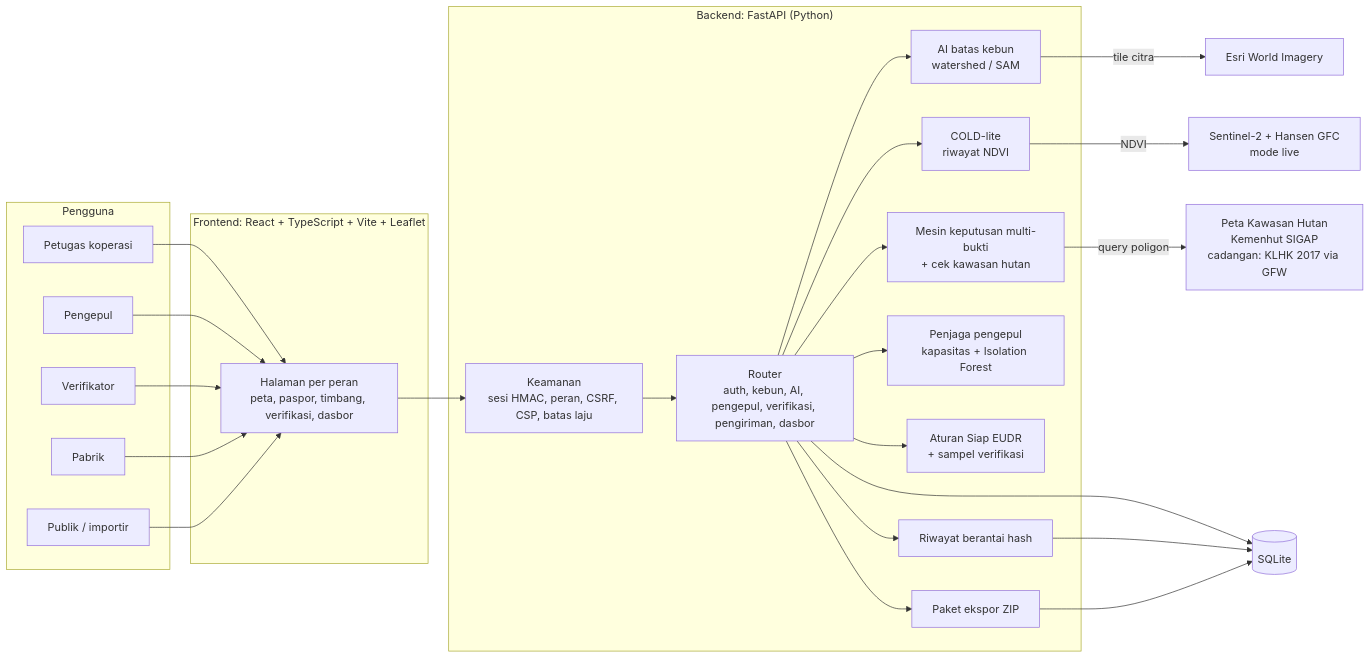
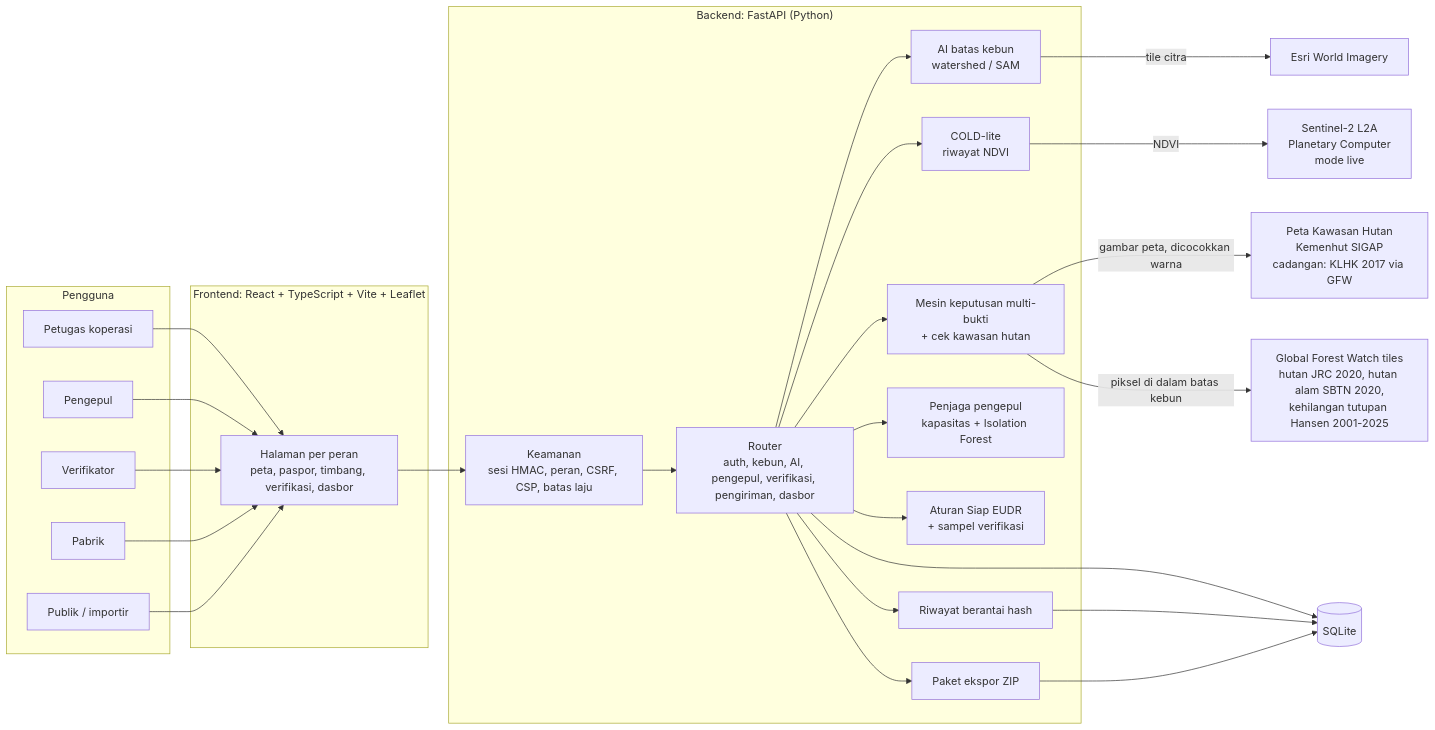
One commit to brianmacrio/Nyawit changed the first of 2 diagrams in README.md. Above: the diagram before and after it, drawn with Mermaid. The commit also changed other lines of this file, not shown here.

First line of the commit message:
docs: README sesuai kode terbaru (diagram, struktur, variabel, enam kebun uji, efisiensi)

````diff
--- a/README.md
+++ b/README.md
@@ -69,35 +69,37 @@
 ```mermaid
 flowchart LR
   subgraph Pengguna
     K[Petugas koperasi]
     P[Pengepul]
     V[Verifikator]
     F[Pabrik]
     U[Publik / importir]
   end
   subgraph FE["Frontend: React + TypeScript + Vite + Leaflet"]
     UI[Halaman per peran<br/>peta, paspor, timbang, verifikasi, dasbor]
   end
   subgraph BE["Backend: FastAPI (Python)"]
     SEC[Keamanan<br/>sesi HMAC, peran, CSRF, CSP, batas laju]
     R[Router<br/>auth, kebun, AI, pengepul, verifikasi, pengiriman, dasbor]
     D[AI batas kebun<br/>watershed / SAM]
     T[COLD-lite<br/>riwayat NDVI]
     E[Mesin keputusan multi-bukti<br/>+ cek kawasan hutan]
     G[Penjaga pengepul<br/>kapasitas + Isolation Forest]
     RD[Aturan Siap EUDR<br/>+ sampel verifikasi]
     A[Riwayat berantai hash]
     S[Paket ekspor ZIP]
   end
   DB[(SQLite)]
   X1[Esri World Imagery]
   X2[Peta Kawasan Hutan<br/>Kemenhut SIGAP<br/>cadangan: KLHK 2017 via GFW]
-  X3[Sentinel-2 + Hansen GFC<br/>mode live]
+  X3[Sentinel-2 L2A<br/>Planetary Computer<br/>mode live]
+  X4[Global Forest Watch tiles<br/>hutan JRC 2020, hutan alam SBTN 2020,<br/>kehilangan tutupan Hansen 2001-2025]
   K & P & V & F & U --> UI --> SEC --> R
   R --> D & T & E & G & RD & S
   R --> A
   D -- tile citra --> X1
-  E -- query poligon --> X2
+  E -- gambar peta, dicocokkan warna --> X2
+  E -- piksel di dalam batas kebun --> X4
   T -- NDVI --> X3
   R & A & S --> DB
 ```
````
